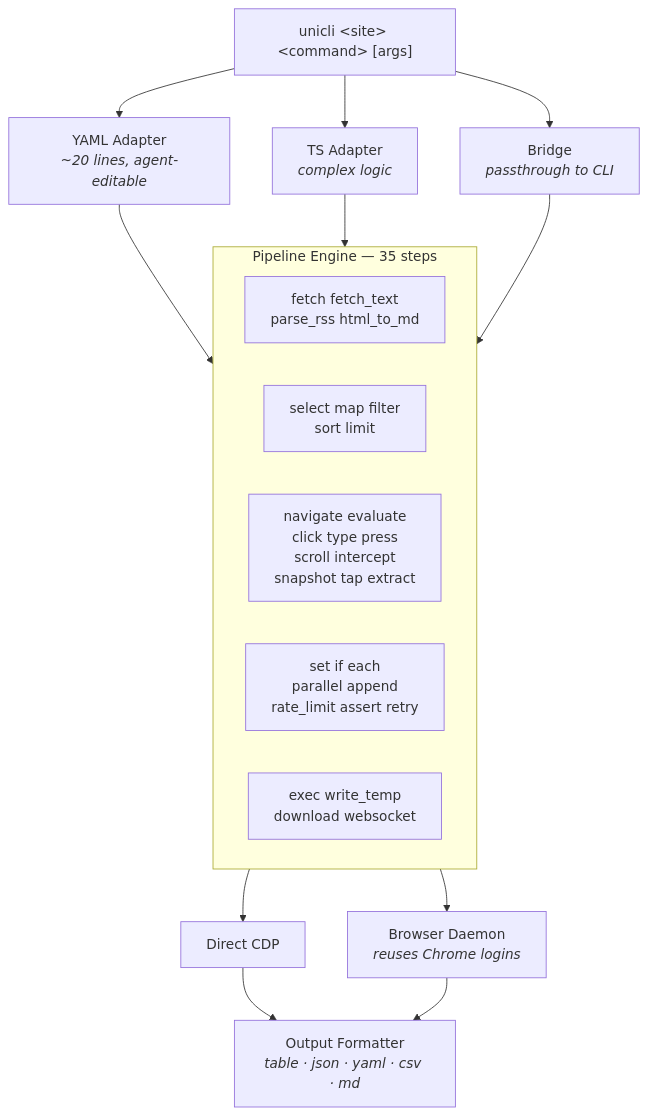
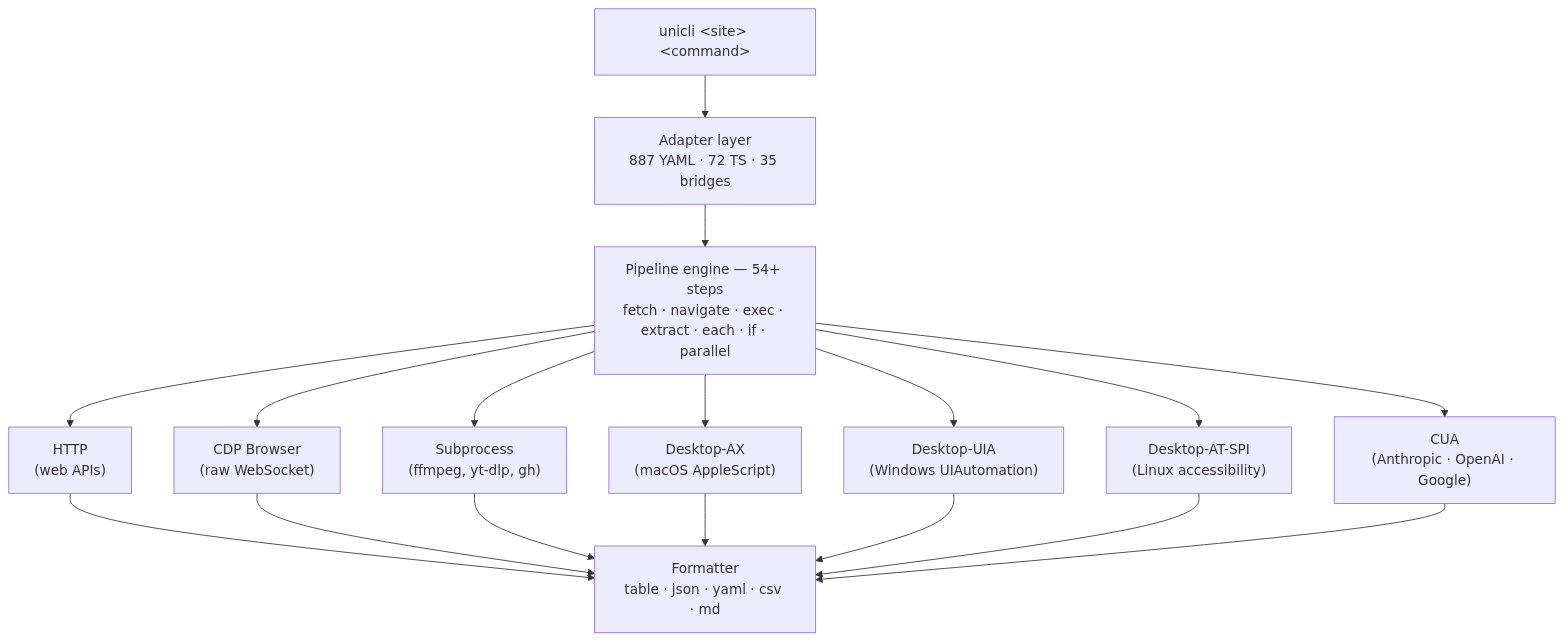
One commit to olo-dot-io/Uni-CLI changed the diagram in README.md. Above: the diagram before and after it, drawn with Mermaid. The commit also changed other lines of this file and 1052 other files, not shown here.

````diff
--- a/README.md
+++ b/README.md
@@ -1339,27 +79,24 @@
 ```mermaid
 graph TB
-    CMD["unicli &lt;site&gt; &lt;command&gt; [args]"]
+    CMD["unicli &lt;site&gt; &lt;command&gt;"]
 
-    CMD --> YAML["YAML Adapter<br/><i>~20 lines, agent-editable</i>"]
-    CMD --> TS["TS Adapter<br/><i>complex logic</i>"]
-    CMD --> BRIDGE["Bridge<br/><i>passthrough to CLI</i>"]
+    CMD --> ADAPT["Adapter layer<br/>887 YAML · 72 TS · 35 bridges"]
 
-    YAML --> ENGINE
-    TS --> ENGINE
-    BRIDGE --> ENGINE
+    ADAPT --> ENGINE["Pipeline engine — <!-- STATS:pipeline_step_count -->54<!-- /STATS -->+ steps<br/>fetch · navigate · exec · extract · each · if · parallel"]
 
-    subgraph ENGINE ["Pipeline Engine — 35 steps"]
-        direction LR
-        API["fetch  fetch_text<br/>parse_rss  html_to_md"]
-        TRANSFORM["select  map  filter<br/>sort  limit"]
-        BROWSER["navigate  evaluate<br/>click  type  press<br/>scroll  intercept<br/>snapshot  tap  extract"]
-        CONTROL["set  if  each<br/>parallel  append<br/>rate_limit  assert  retry"]
-        OTHER["exec  write_temp<br/>download  websocket"]
-    end
+    ENGINE --> T1["HTTP<br/>(web APIs)"]
+    ENGINE --> T2["CDP Browser<br/>(raw WebSocket)"]
+    ENGINE --> T3["Subprocess<br/>(ffmpeg, yt-dlp, gh)"]
+    ENGINE --> T4["Desktop-AX<br/>(macOS AppleScript)"]
+    ENGINE --> T5["Desktop-UIA<br/>(Windows UIAutomation)"]
+    ENGINE --> T6["Desktop-AT-SPI<br/>(Linux accessibility)"]
+    ENGINE --> T7["CUA<br/>(Anthropic · OpenAI · Google)"]
 
-    ENGINE --> CDP["Direct CDP"]
-    ENGINE --> DAEMON["Browser Daemon<br/><i>reuses Chrome logins</i>"]
-
-    CDP --> OUT["Output Formatter<br/><i>table · json · yaml · csv · md</i>"]
-    DAEMON --> OUT
+    T1 --> OUT["Formatter<br/>table · json · yaml · csv · md"]
+    T2 --> OUT
+    T3 --> OUT
+    T4 --> OUT
+    T5 --> OUT
+    T6 --> OUT
+    T7 --> OUT
 ```
````
